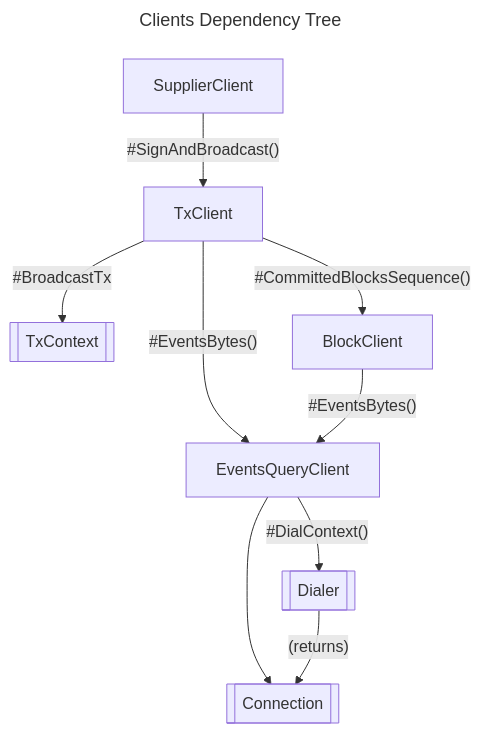
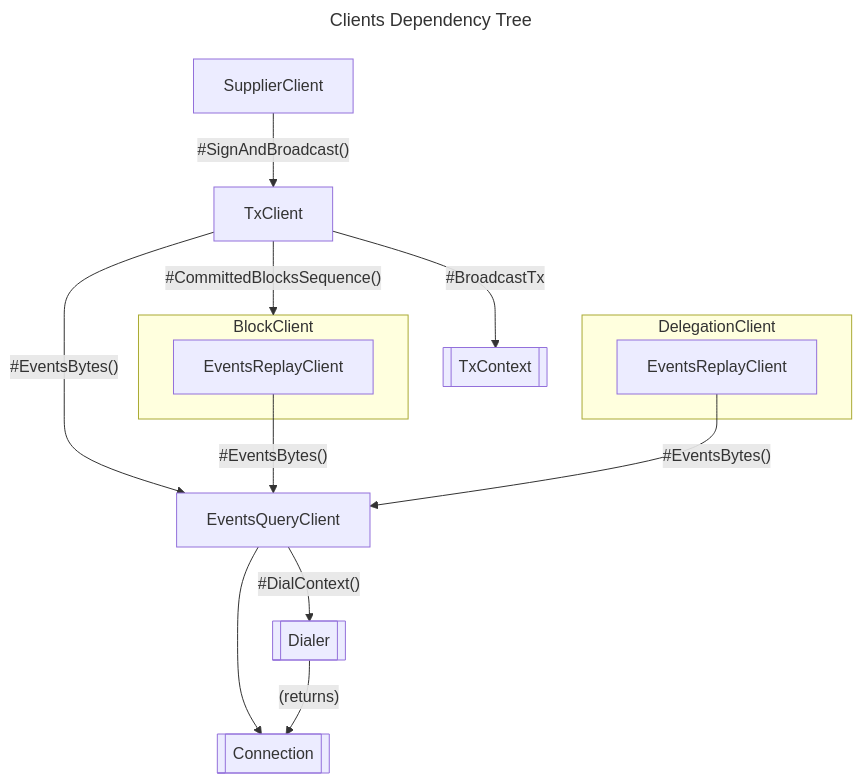
The second of 3 diagrams in docs/pkg/client/README.md (pokt-network/poktroll), drawn with Mermaid before and after one commit. The commit also changed 4 other files, not shown here.

````diff
--- a/docs/pkg/client/README.md
+++ b/docs/pkg/client/README.md
@@ -58,24 +58,27 @@
 ```mermaid
 ---
 title: Clients Dependency Tree
 ---
 flowchart
-
 sup[SupplierClient]
 tx[TxClient]
 txctx[[TxContext]]
-bl[BlockClient]
+subgraph bl[BlockClient]
+    bl_evt_replay[EventsReplayClient]
+end
+subgraph del[DelegationClient]
+    del_evt_replay[EventsReplayClient]
+end
 evt[EventsQueryClient]
 conn[[Connection]]
 dial[[Dialer]]
-
 sup --"#SignAndBroadcast()"--> tx
-
 tx --"#CommittedBlocksSequence()"--> bl
 tx --"#BroadcastTx"--> txctx
 tx --"#EventsBytes()"--> evt
-bl --"#EventsBytes()"--> evt
+bl_evt_replay --"#EventsBytes()"--> evt
+del_evt_replay --"#EventsBytes()"--> evt
 evt --> conn
 evt --"#DialContext()"--> dial
 dial --"(returns)"--> conn
 ```
````
